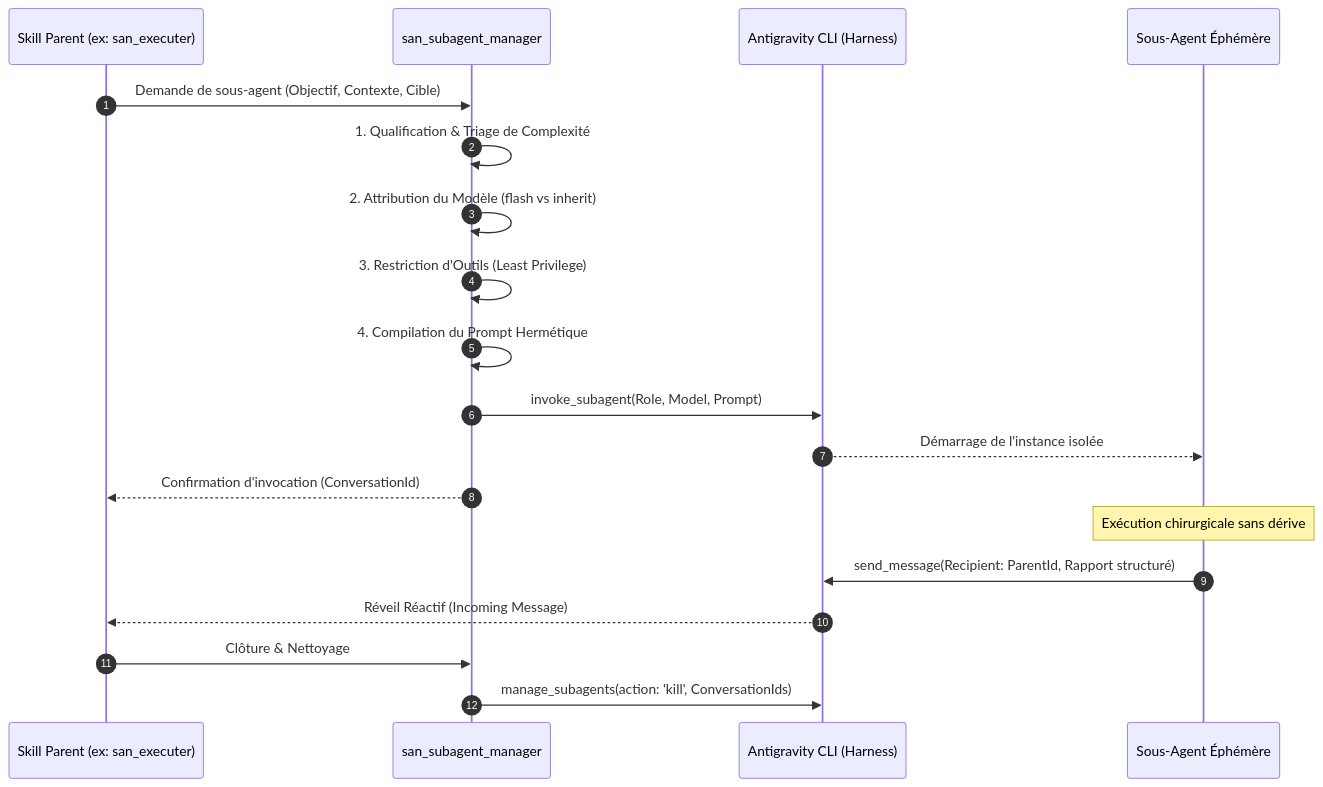
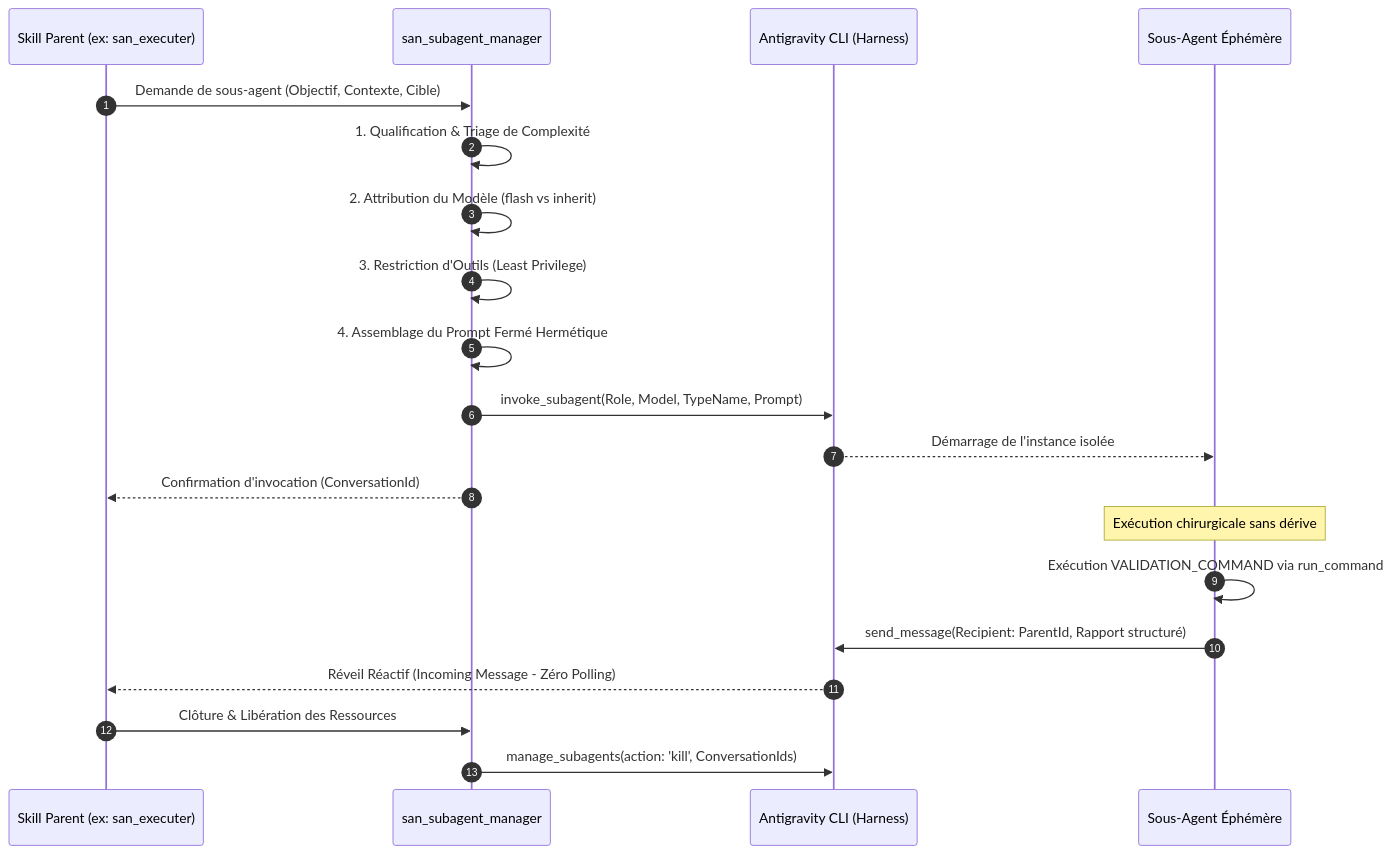
Before and after one commit to alexsan-dev/san_agy_framework: the second of 3 diagrams in sub-skills/san_subagent_manager.md, drawn with Mermaid. The commit also changed other lines of this file and 41 other files, not shown here.

````diff
--- a/sub-skills/san_subagent_manager.md
+++ b/sub-skills/san_subagent_manager.md
@@ -172,22 +184,23 @@
 ```mermaid
 sequenceDiagram
     autonumber
     participant Parent as Skill Parent (ex: san_executer)
     participant Manager as san_subagent_manager
     participant Harness as Antigravity CLI (Harness)
     participant Sub as Sous-Agent Éphémère
 
     Parent->>Manager: Demande de sous-agent (Objectif, Contexte, Cible)
     Manager->>Manager: 1. Qualification & Triage de Complexité
     Manager->>Manager: 2. Attribution du Modèle (flash vs inherit)
     Manager->>Manager: 3. Restriction d'Outils (Least Privilege)
-    Manager->>Manager: 4. Compilation du Prompt Hermétique
-    Manager->>Harness: invoke_subagent(Role, Model, Prompt)
+    Manager->>Manager: 4. Assemblage du Prompt Fermé Hermétique
+    Manager->>Harness: invoke_subagent(Role, Model, TypeName, Prompt)
     Harness-->>Sub: Démarrage de l'instance isolée
     Manager-->>Parent: Confirmation d'invocation (ConversationId)
     Note over Sub: Exécution chirurgicale sans dérive
+    Sub->>Sub: Exécution VALIDATION_COMMAND via run_command
     Sub->>Harness: send_message(Recipient: ParentId, Rapport structuré)
-    Harness-->>Parent: Réveil Réactif (Incoming Message)
-    Parent->>Manager: Clôture & Nettoyage
+    Harness-->>Parent: Réveil Réactif (Incoming Message - Zéro Polling)
+    Parent->>Manager: Clôture & Libération des Ressources
     Manager->>Harness: manage_subagents(action: 'kill', ConversationIds)
 ```
````
